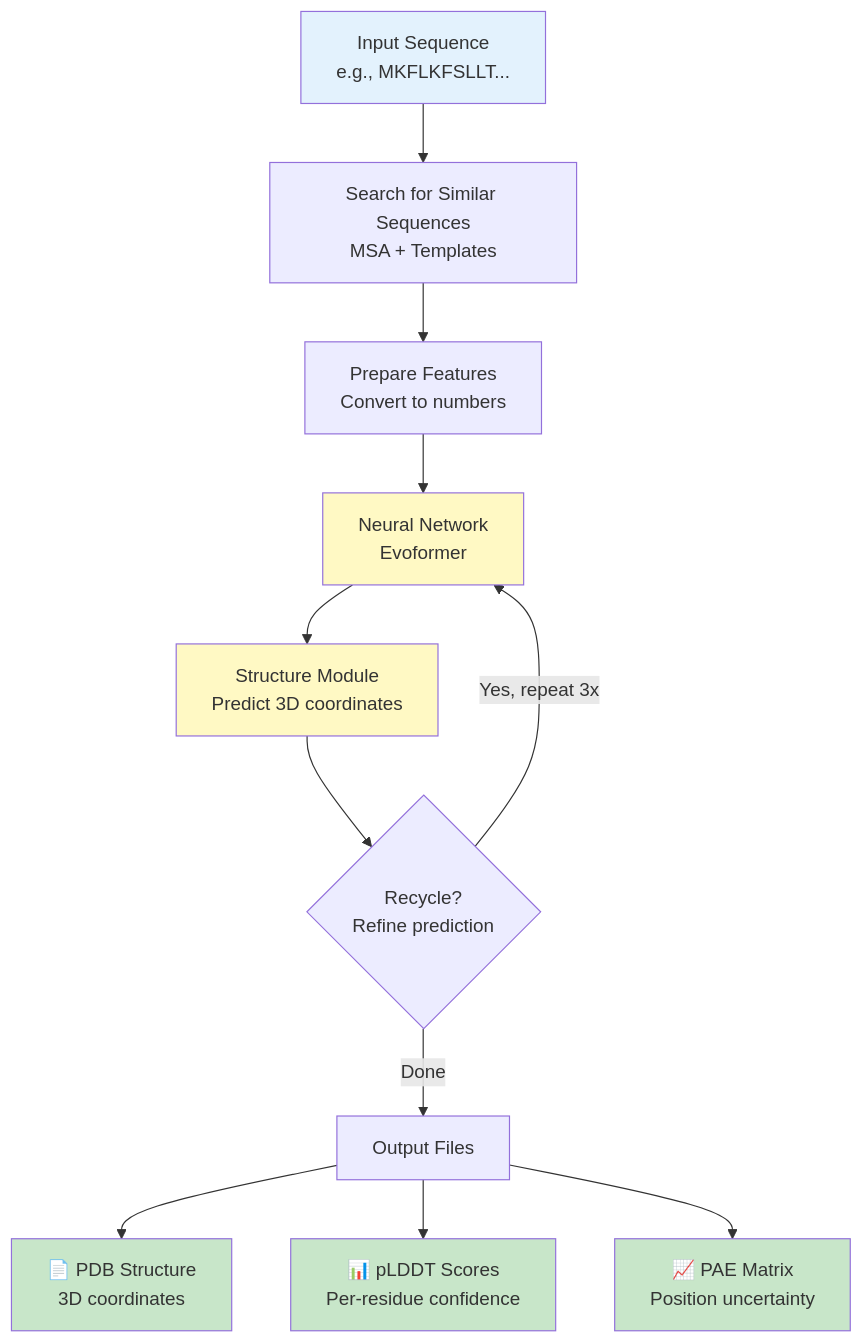
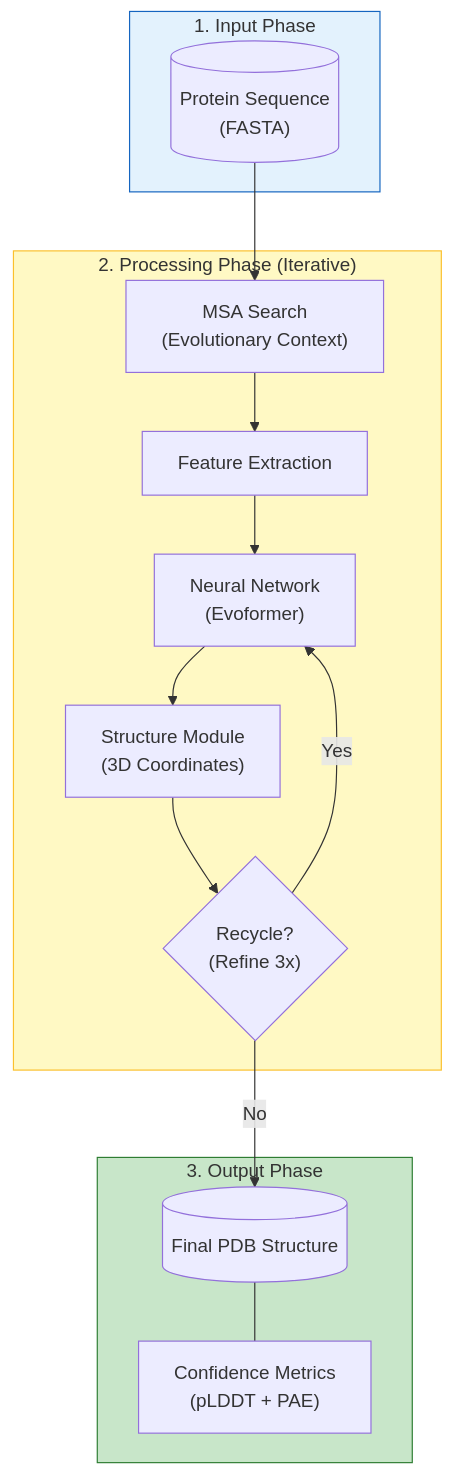
Before and after one commit to kimtth/science-alpha-fold-note: the first of 7 diagrams in Diagram.md, drawn with Mermaid. The commit also changed other lines of this file and 2 other files, not shown here.

````diff
--- a/Diagram.md
+++ b/Diagram.md
@@ -25,20 +25,25 @@
 ```mermaid
 flowchart TD
-    A[Input Sequence<br/>e.g., MKFLKFSLLT...] --> B[Search for Similar Sequences<br/>MSA + Templates]
-    B --> C[Prepare Features<br/>Convert to numbers]
-    C --> D[Neural Network<br/>Evoformer]
-    D --> E[Structure Module<br/>Predict 3D coordinates]
-    E --> F{Recycle?<br/>Refine prediction}
-    F -->|Yes, repeat 3x| D
-    F -->|Done| G[Output Files]
-    G --> H[📄 PDB Structure<br/>3D coordinates]
-    G --> I[📊 pLDDT Scores<br/>Per-residue confidence]
-    G --> J[📈 PAE Matrix<br/>Position uncertainty]
-    
-    style A fill:#e3f2fd
-    style H fill:#c8e6c9
-    style I fill:#c8e6c9
-    style J fill:#c8e6c9
-    style D fill:#fff9c4
-    style E fill:#fff9c4
+    subgraph Input ["1. Input Phase"]
+        A[("Protein Sequence<br/>(FASTA)")]
+    end
+
+    subgraph Core ["2. Processing Phase (Iterative)"]
+        B["MSA Search<br/>(Evolutionary Context)"] --> C["Feature Extraction"]
+        C --> D["Neural Network<br/>(Evoformer)"]
+        D --> E["Structure Module<br/>(3D Coordinates)"]
+        E --> F{"Recycle?<br/>(Refine 3x)"}
+        F -->|Yes| D
+    end
+
+    subgraph Result ["3. Output Phase"]
+        F -->|No| G[("Final PDB Structure")]
+        G --- H["Confidence Metrics<br/>(pLDDT + PAE)"]
+    end
+
+    A --> B
+
+    style Input fill:#e3f2fd,stroke:#1565c0
+    style Core fill:#fff9c4,stroke:#fbc02d
+    style Result fill:#c8e6c9,stroke:#2e7d32
 ```
````
